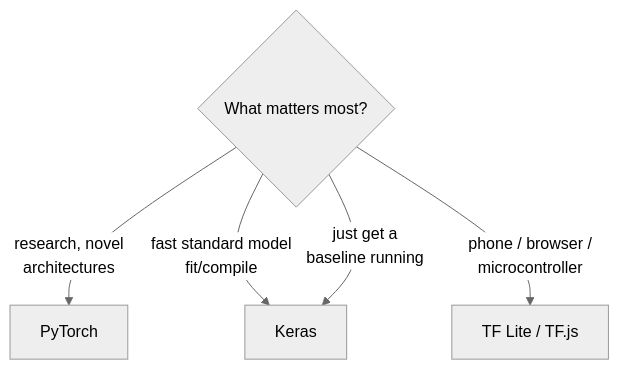
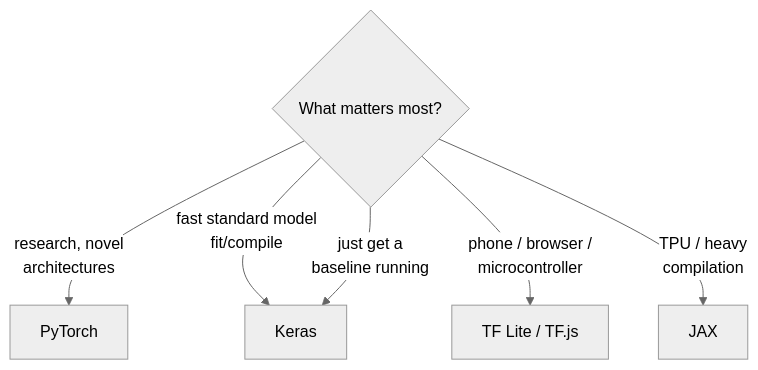
One commit to kader-xai/kader-xai.github.io changed the fifth of 6 diagrams in ai-ml-encyclopedia/ch31.qmd. Above: the diagram before and after it, drawn with Mermaid (neutral theme). The commit also changed other lines of this file and 33 other files, not shown here.

````diff
--- a/ai-ml-encyclopedia/ch31.qmd
+++ b/ai-ml-encyclopedia/ch31.qmd
@@ -336,7 +417,8 @@
 ```{mermaid}
 flowchart TD
   Q{What matters most?} -->|research, novel<br/>architectures| PT[PyTorch]
   Q -->|fast standard model<br/>fit/compile| K[Keras]
   Q -->|phone / browser /<br/>microcontroller| TF[TF Lite / TF.js]
+  Q -->|TPU / heavy<br/>compilation| J[JAX]
   Q -->|just get a<br/>baseline running| K
 ```
````
